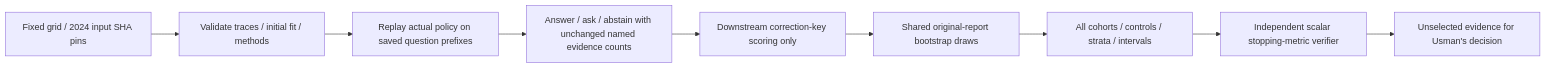
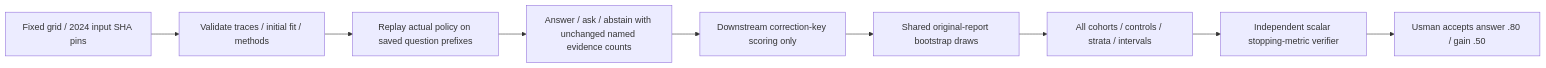
Before and after one commit to umaritics/halite: the third of 4 diagrams in knowledge/flows/FLOW-decision-selection.md, drawn with Mermaid. The commit also changed other lines of this file and 16 other files, not shown here.

````diff
--- a/knowledge/flows/FLOW-decision-selection.md
+++ b/knowledge/flows/FLOW-decision-selection.md
@@ -67,11 +67,11 @@
 ```mermaid
 flowchart LR
   Protocol[Fixed grid / 2024 input SHA pins] --> Verify[Validate traces / initial fit / methods]
   Verify --> Prefix[Replay actual policy on saved question prefixes]
   Prefix --> Stop[Answer / ask / abstain with unchanged named evidence counts]
   Stop --> Score[Downstream correction-key scoring only]
   Score --> Cluster[Shared original-report bootstrap draws]
   Cluster --> Table[All cohorts / controls / strata / intervals]
   Table --> Independent[Independent scalar stopping-metric verifier]
-  Independent --> Review[Unselected evidence for Usman's decision]
+  Independent --> Review[Usman accepts answer .80 / gain .50]
 ```
````
